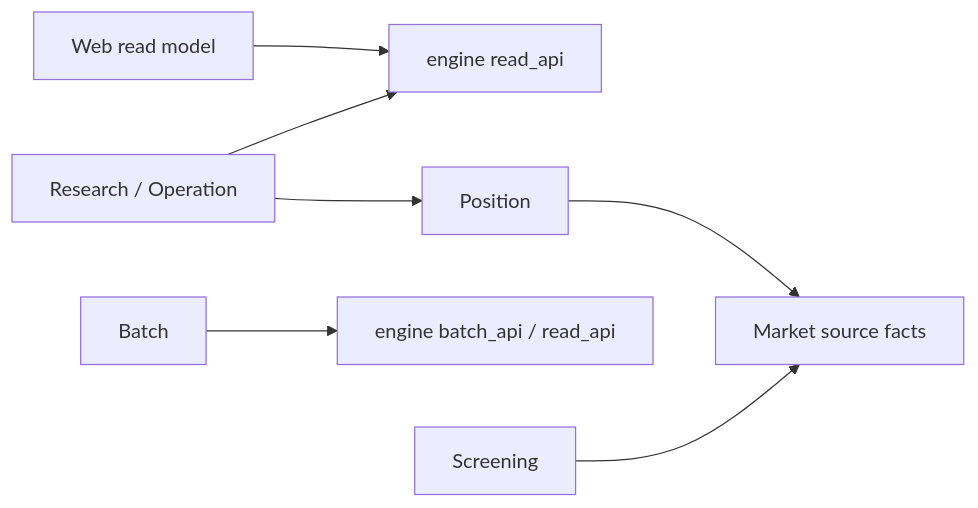
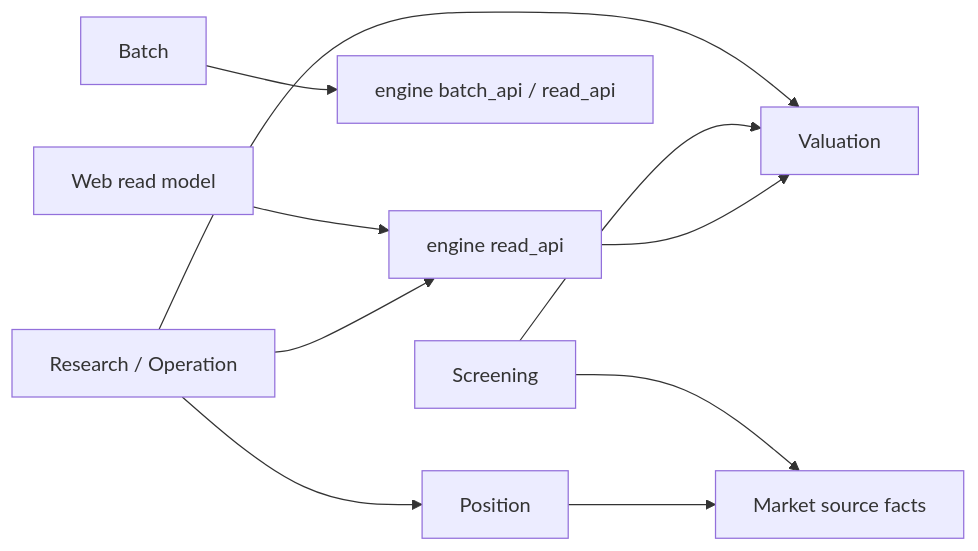
The diagram in docs/architecture.md (koumatsumoto/baibai-loop), drawn with Mermaid before and after one commit. The commit also changed other lines of this file and 47 other files, not shown here.

````diff
--- a/docs/architecture.md
+++ b/docs/architecture.md
@@ -16,9 +16,12 @@
 ```mermaid
 flowchart LR
     web[Web read model] --> read[engine read_api]
     batch[Batch] --> api[engine batch_api / read_api]
     research[Research / Operation] --> position[Position]
     research --> read
+    research --> valuation[Valuation]
+    screening --> valuation
+    read --> valuation
     screening[Screening] --> market[Market source facts]
     position --> market
 ```
````
